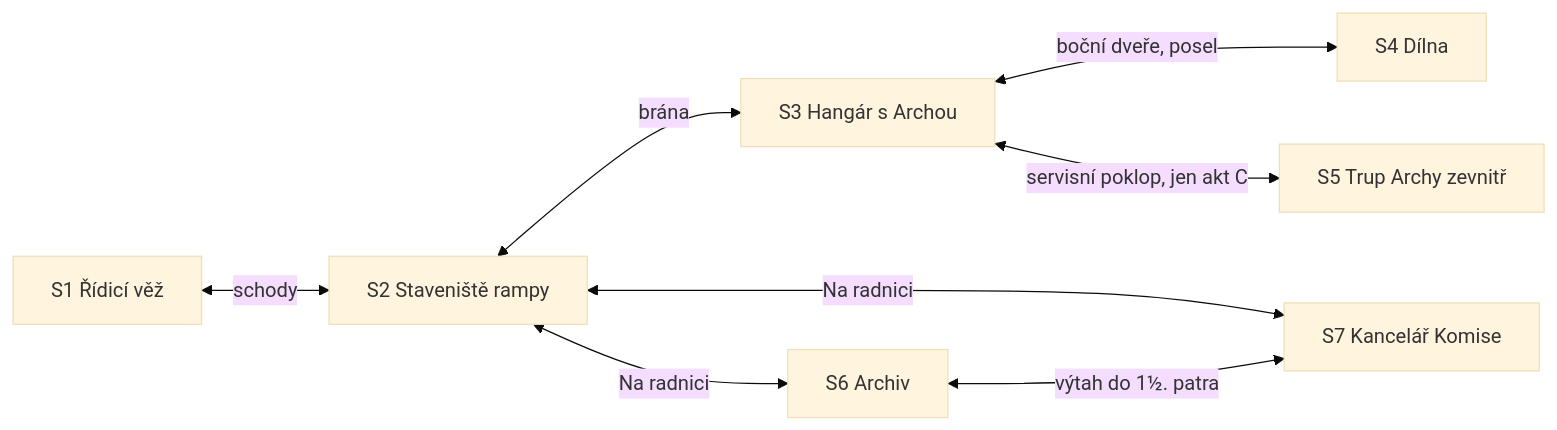
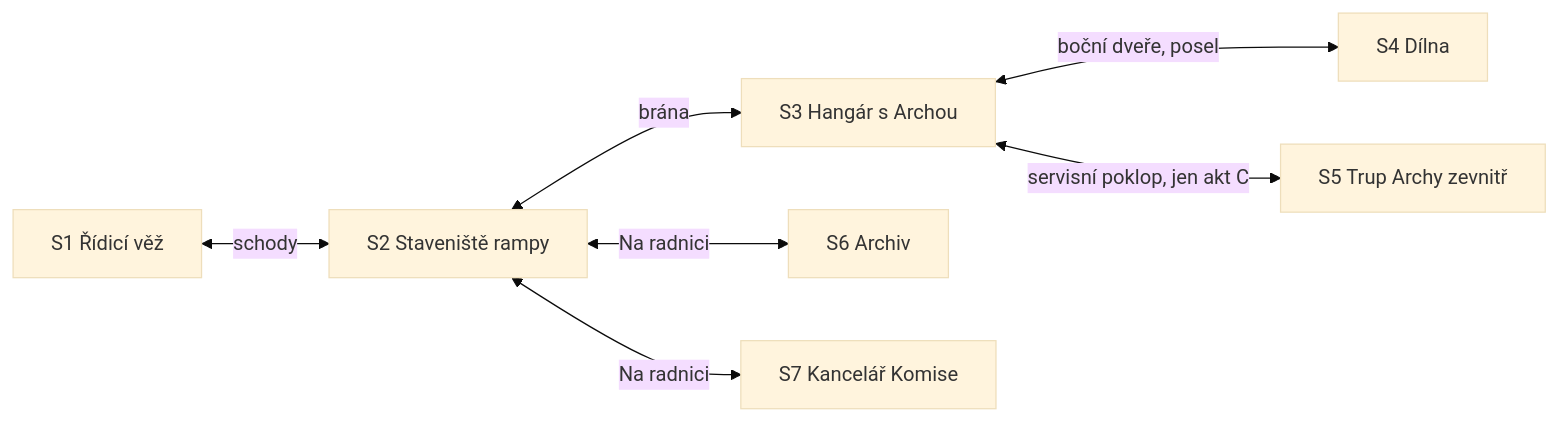
Before and after one commit to miroslavkrupa/games-termin-byl-vcera: the diagram in docs/kapitoly/04-mistnosti.md, drawn with Mermaid (base theme). The commit also changed other lines of this file and 17 other files, not shown here.

````diff
--- a/docs/kapitoly/04-mistnosti.md
+++ b/docs/kapitoly/04-mistnosti.md
@@ -15,10 +15,9 @@
 ```mermaid
 flowchart LR
   S1["S1 Řídicí věž"] <-->|schody| S2["S2 Staveniště rampy"]
   S2 <-->|brána| S3["S3 Hangár s Archou"]
   S3 <-->|boční dveře, posel| S4["S4 Dílna"]
   S3 <-->|servisní poklop, jen akt C| S5["S5 Trup Archy zevnitř"]
   S2 <-->|Na radnici| S6["S6 Archiv"]
   S2 <-->|Na radnici| S7["S7 Kancelář Komise"]
-  S6 <-->|výtah do 1½. patra| S7
 ```
````
